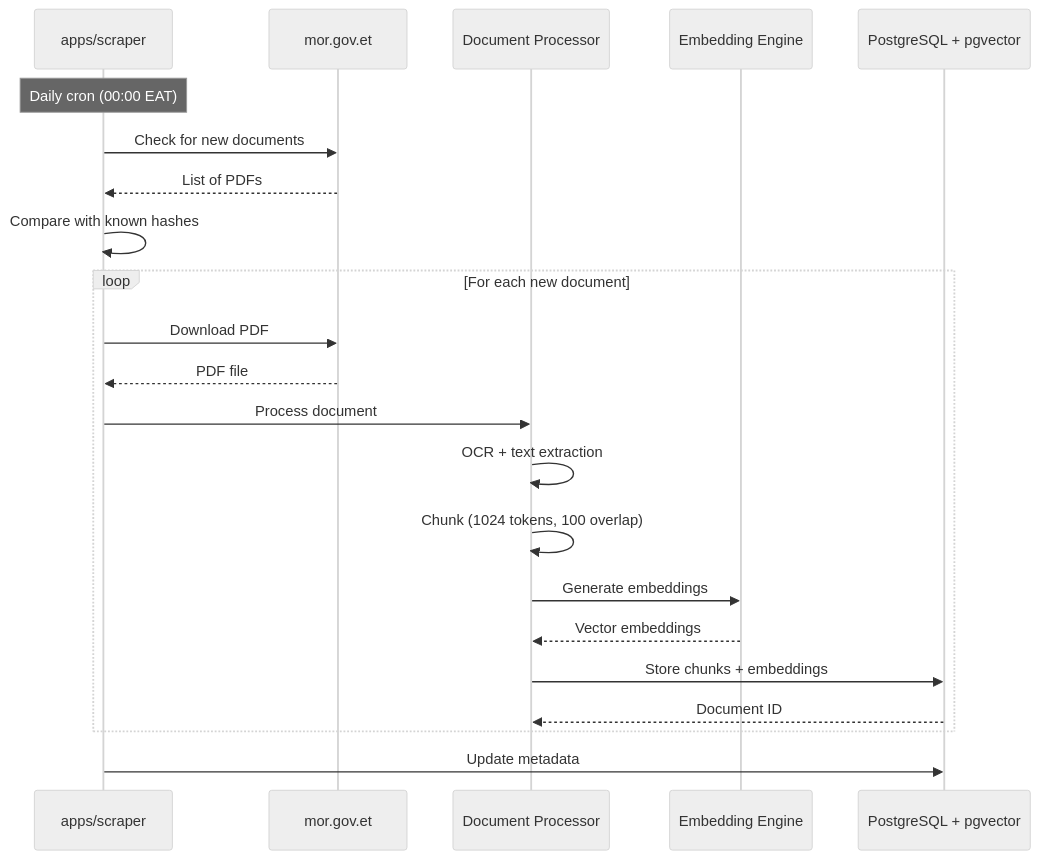
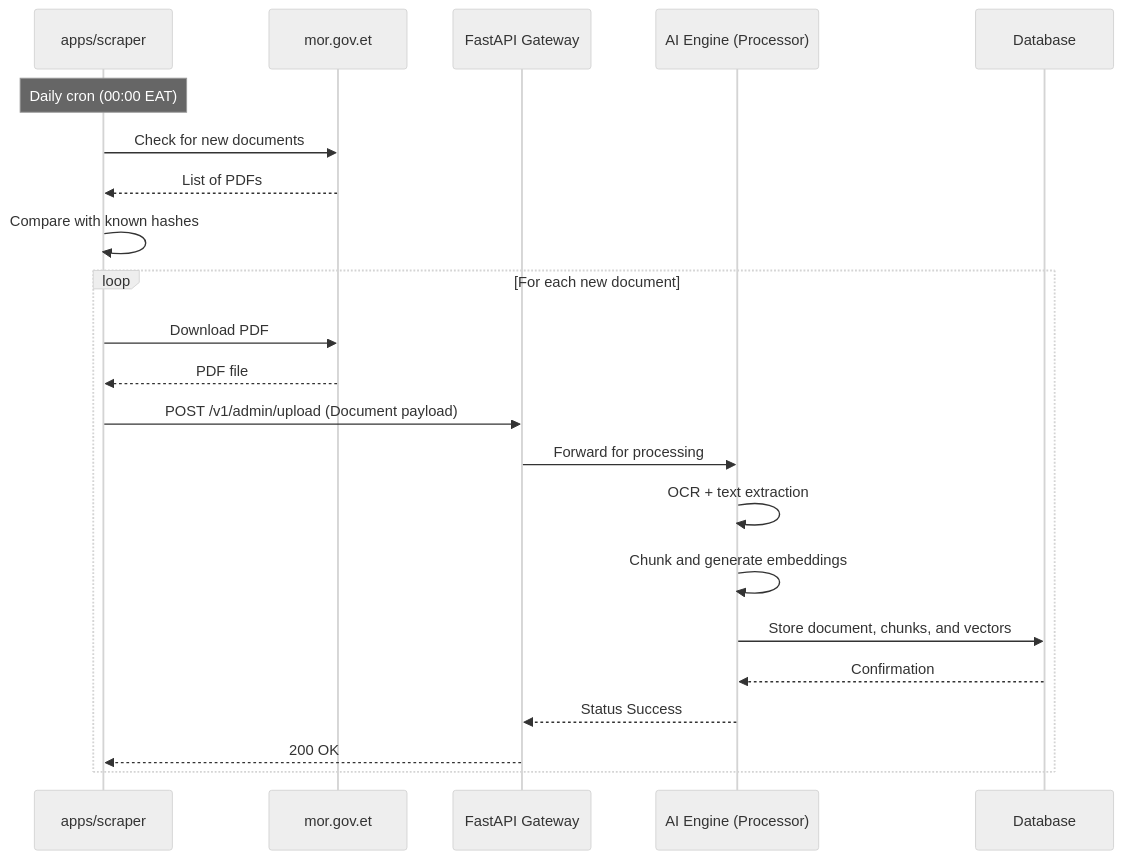
One commit to Amanuel-Ayal3w/Awaqi changed the third of 3 diagrams in ARCHITECTURE.md. Above: the diagram before and after it, drawn with Mermaid (neutral theme). The commit also changed other lines of this file, not shown here.

Commit message:
feat: Update architecture diagram and ingestion pipeline for document processing via FastAPI, enhancing clarity on data flow and database interactions

````diff
--- a/ARCHITECTURE.md
+++ b/ARCHITECTURE.md
@@ -232,25 +232,25 @@
 ```mermaid
 sequenceDiagram
     participant Scraper as apps/scraper
     participant MoR as mor.gov.et
-    participant Processor as Document Processor
-    participant Embed as Embedding Engine
-    participant DB as PostgreSQL + pgvector
+    participant API as FastAPI Gateway
+    participant Processor as AI Engine (Processor)
+    participant DB as Database
     
     Note over Scraper: Daily cron (00:00 EAT)
     Scraper->>MoR: Check for new documents
     MoR-->>Scraper: List of PDFs
     Scraper->>Scraper: Compare with known hashes
     loop For each new document
         Scraper->>MoR: Download PDF
         MoR-->>Scraper: PDF file
-        Scraper->>Processor: Process document
+        Scraper->>API: POST /v1/admin/upload (Document payload)
+        API->>Processor: Forward for processing
         Processor->>Processor: OCR + text extraction
-        Processor->>Processor: Chunk (1024 tokens, 100 overlap)
-        Processor->>Embed: Generate embeddings
-        Embed-->>Processor: Vector embeddings
-        Processor->>DB: Store chunks + embeddings
-        DB-->>Processor: Document ID
+        Processor->>Processor: Chunk and generate embeddings
+        Processor->>DB: Store document, chunks, and vectors
+        DB-->>Processor: Confirmation
+        Processor-->>API: Status Success
+        API-->>Scraper: 200 OK
     end
-    Scraper->>DB: Update metadata
 ```
````
